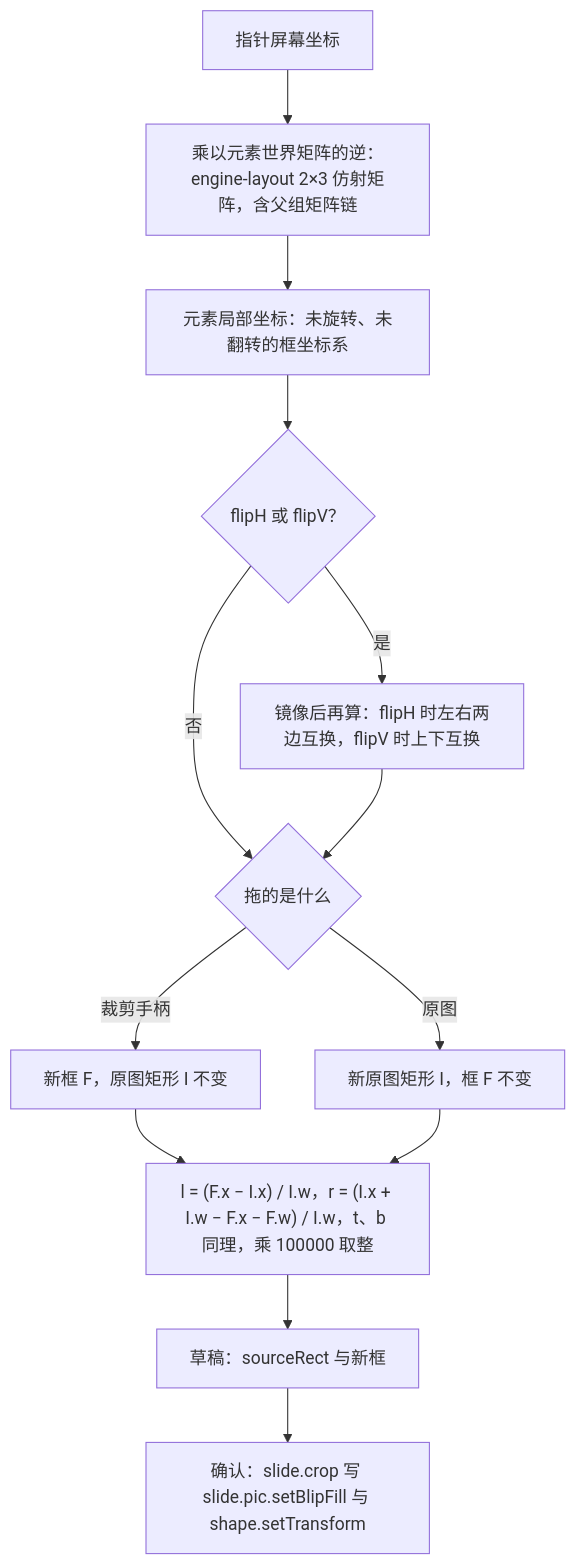
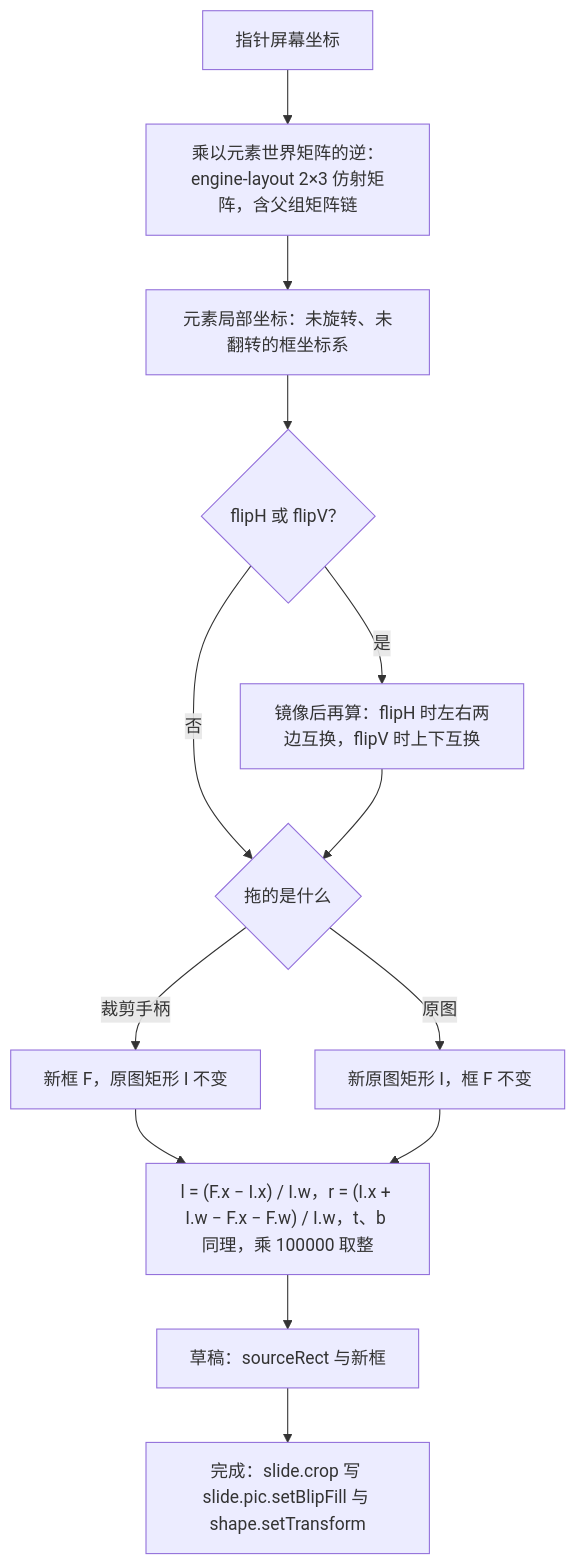
The sixth of 12 diagrams in docs/50-frontend/23-elements-media.md (Xeonice/cordis-ppt-editor), drawn with Mermaid before and after one commit. The commit also changed other lines of this file and 25 other files, not shown here.

````diff
--- a/docs/50-frontend/23-elements-media.md
+++ b/docs/50-frontend/23-elements-media.md
@@ -277,15 +278,15 @@
 ```mermaid
 flowchart TB
   ptr["指针屏幕坐标"] --> inv["乘以元素世界矩阵的逆：engine-layout 2×3 仿射矩阵，含父组矩阵链"]
   inv --> local["元素局部坐标：未旋转、未翻转的框坐标系"]
   local --> flip{"flipH 或 flipV？"}
   flip -- "是" --> mirror["镜像后再算：flipH 时左右两边互换，flipV 时上下互换"]
   flip -- "否" --> which{"拖的是什么"}
   mirror --> which
   which -- "裁剪手柄" --> frame["新框 F，原图矩形 I 不变"]
   which -- "原图" --> image["新原图矩形 I，框 F 不变"]
   frame --> calc["l = (F.x − I.x) / I.w，r = (I.x + I.w − F.x − F.w) / I.w，t、b 同理，乘 100000 取整"]
   image --> calc
   calc --> draft["草稿：sourceRect 与新框"]
-  draft --> commit["确认：slide.crop 写 slide.pic.setBlipFill 与 shape.setTransform"]
+  draft --> commit["完成：slide.crop 写 slide.pic.setBlipFill 与 shape.setTransform"]
 ```
````
